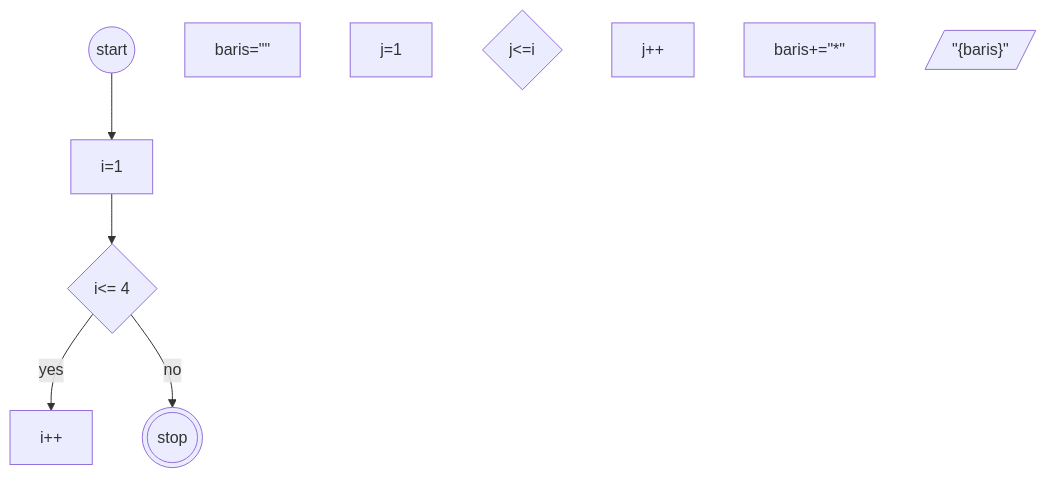
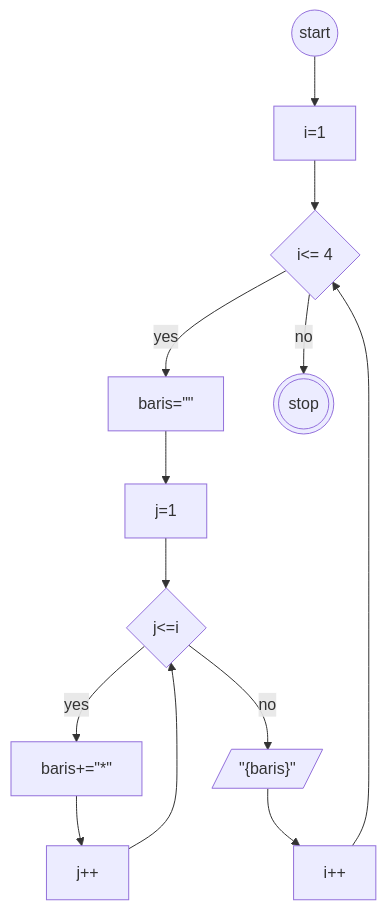
The diagram in task-3.md (muhammadfajarr30/koda-b8-javascript1), drawn with Mermaid before and after one commit.

````diff
--- a/task-3.md
+++ b/task-3.md
@@ -5,25 +5,30 @@
 ```Mermaid
 
 flowchart TD
 start@{shape: circle, label:"start" }
 a@{shape: rect, label: "i=1" }
 b@{shape: diamond, label: "i<= 4" }
 c@{shape: rect, label: "i++" }
 d@{shape: rect, label: 'baris=""' }
 e@{shape: rect, label: "j=1" }
 f@{shape: diamond, label: "j<=i" }
 g@{shape: rect, label: "j++" }
 h@{shape: rect, label: 'baris+="*"' }
 i@{shape: lean-r, label: '"{baris}"'}
 stop@{shape: dbl-circ, label: "stop" }
 
 start --> a
 a --> b
-b -- yes --> c
+b -- yes --> d
+d --> e
+e --> f
+f -- yes --> h
+h --> g
+i--> c
+g --> f
+f -- no --> i
+c --> b
 b -- no --> stop
 
 
-
-
-
 ```
````
